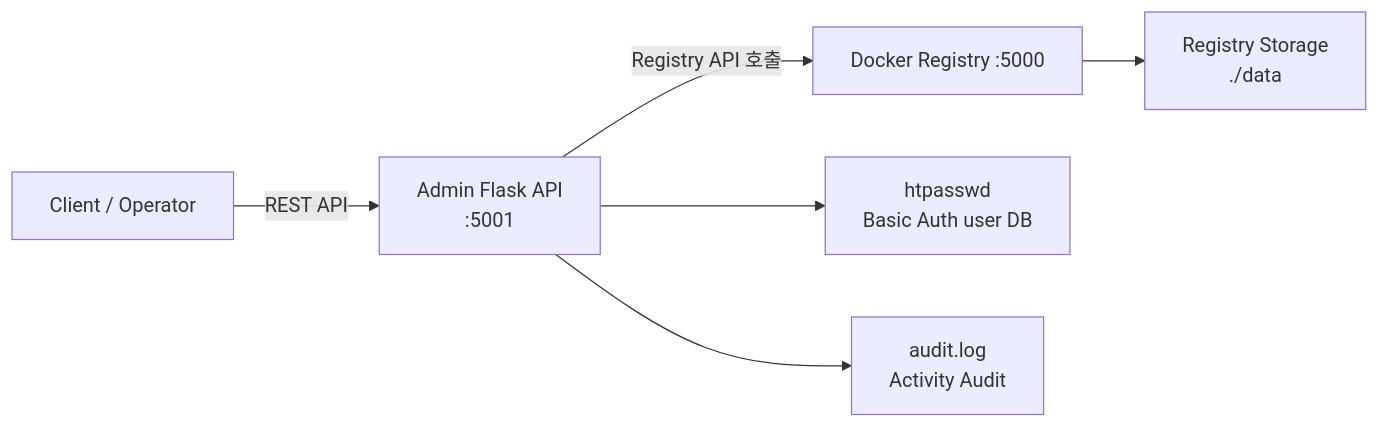
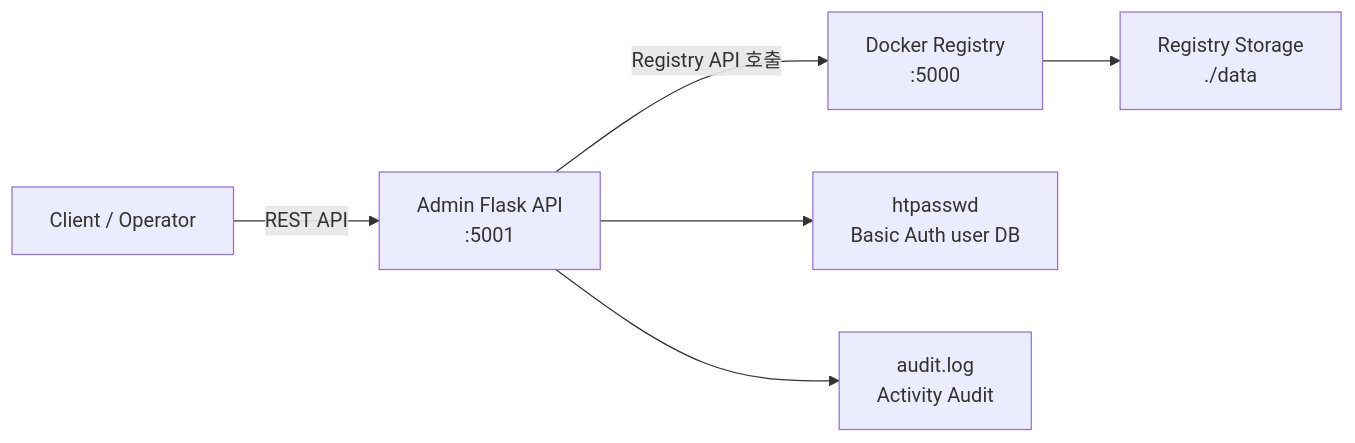
The diagram in README.md (yejin1029/Docker-Registry-Manager), drawn with Mermaid before and after one commit. The commit also changed other lines of this file, not shown here.

````diff
--- a/README.md
+++ b/README.md
@@ -21,8 +21,8 @@
 ```mermaid
 flowchart LR
-  C[Client / Operator] -->|REST API| A[Admin Flask API \n :5001]
-  A -->|Registry API 호출| R[Docker Registry <br\> :5000]
-  A --> H[htpasswd \n Basic Auth user DB]
-  A --> L[audit.log \n Activity Audit]
-  R --> D[Registry Storage \n ./data]
+  C[Client / Operator] -->|REST API| A[Admin Flask API <br/> :5001]
+  A -->|Registry API 호출| R[Docker Registry <br/> :5000]
+  A --> H[htpasswd <br/> Basic Auth user DB]
+  A --> L[audit.log <br/> Activity Audit]
+  R --> D[Registry Storage <br/> ./data]
 ```
````
